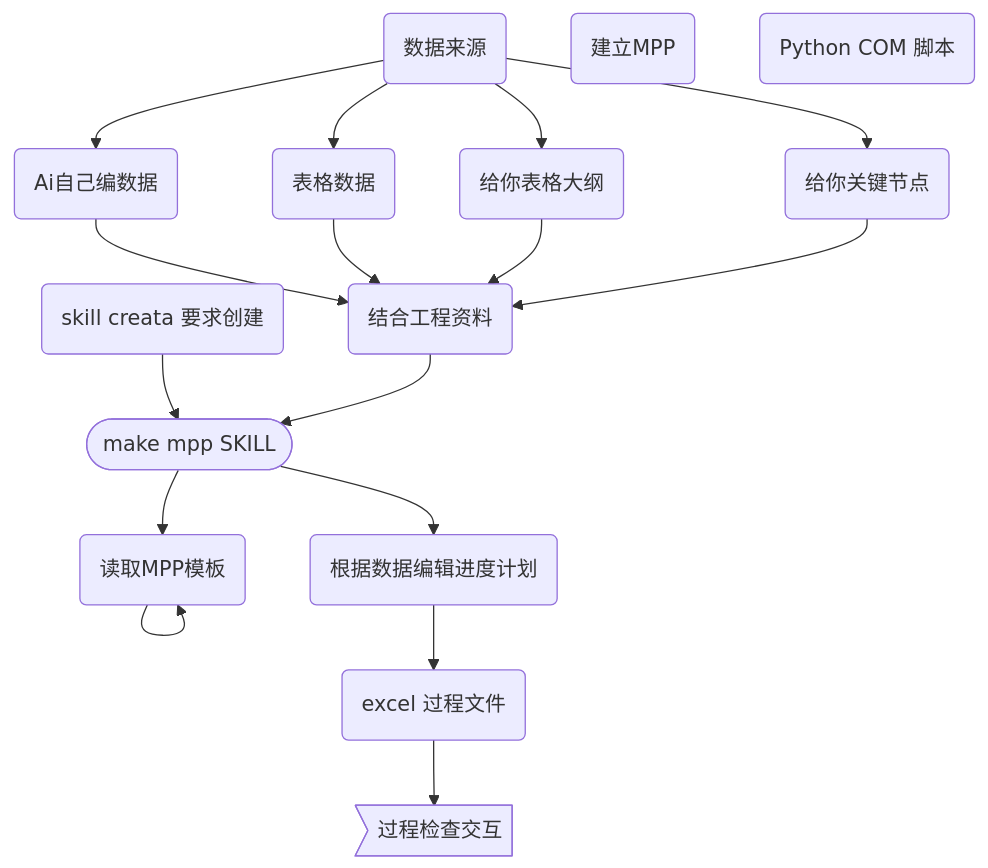
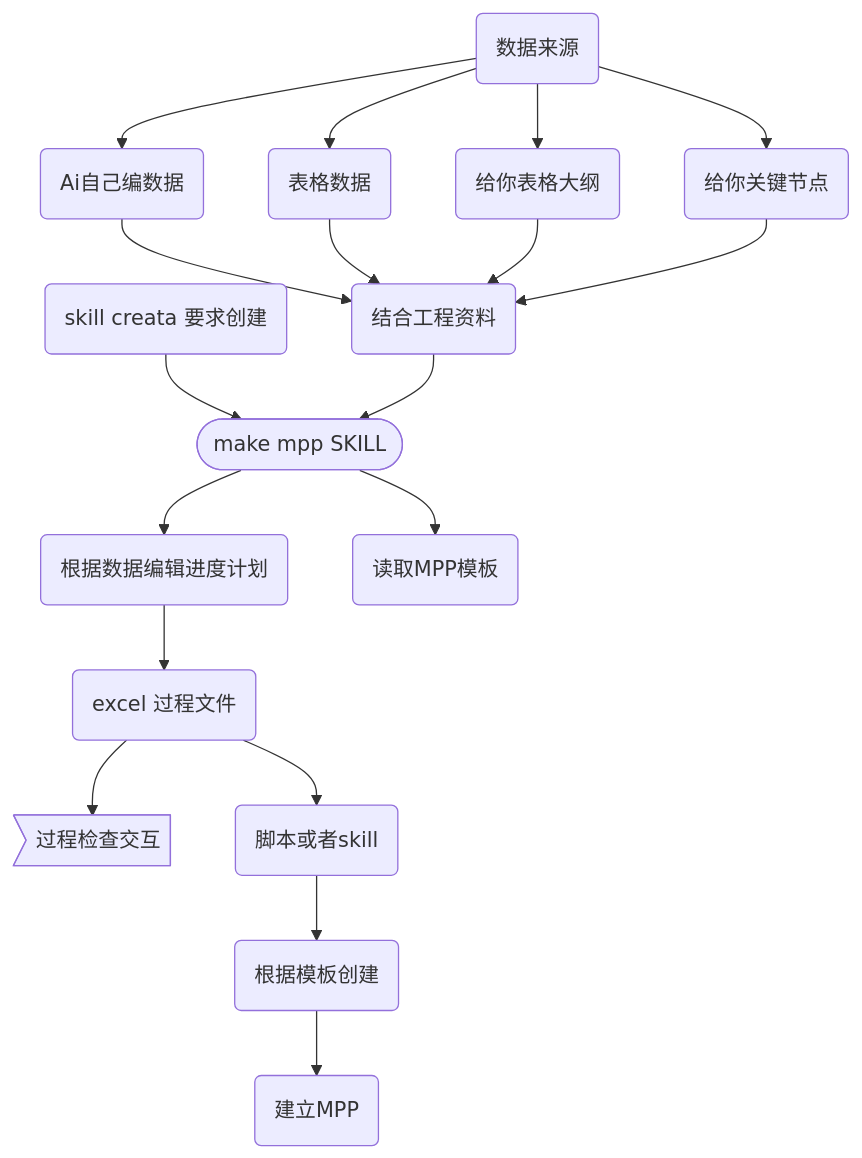
One commit to fireflysss/mermaid-notes changed the diagram in notes/进度MMP skill (local)_289c8ca6-dc65-4f5d-8e6f-773a3c6cc0dc.md. Above: the diagram before and after it, drawn with Mermaid. The commit also changed 3 other files, not shown here.

Commit message:
Sync Mermaid Studio data (11 diagrams)

````diff
--- a/notes/进度MMP skill (local)_289c8ca6-dc65-4f5d-8e6f-773a3c6cc0dc.md
+++ b/notes/进度MMP skill (local)_289c8ca6-dc65-4f5d-8e6f-773a3c6cc0dc.md
@@ -3,33 +3,36 @@
 ```mermaid
 flowchart TD
   n_0(["make mpp SKILL"])
   n_1("数据来源")
   n_2("skill  creata 要求创建")
   n_3("Ai自己编数据")
   n_4("表格数据")
   n_5("建立MPP")
-  n_6("读取MPP模板")
-  n_7("给你表格大纲")
-  n_8("给你关键节点")
-  n_9("结合工程资料")
-  n_10("excel 过程文件")
-  n_11("根据数据编辑进度计划")
-  n_12>"过程检查交互"]
-  n_13("Python COM 脚本")
+  n_6("给你表格大纲")
+  n_7("给你关键节点")
+  n_8("结合工程资料")
+  n_9("excel 过程文件")
+  n_10("根据数据编辑进度计划")
+  n_11>"过程检查交互"]
+  n_12("脚本或者skill")
+  n_13("读取MPP模板")
+  n_14("根据模板创建")
   n_2 --> n_0
-  n_0 --> n_6
   n_1 --> n_3
   n_1 --> n_4
+  n_1 --> n_6
   n_1 --> n_7
-  n_1 --> n_8
-  n_3 --> n_9
-  n_4 --> n_9
-  n_7 --> n_9
-  n_8 --> n_9
-  n_9 --> n_0
-  n_0 --> n_11
-  n_11 --> n_10
-  n_10 --> n_12
-  n_6 --> n_6
+  n_3 --> n_8
+  n_4 --> n_8
+  n_6 --> n_8
+  n_7 --> n_8
+  n_8 --> n_0
+  n_0 --> n_10
+  n_10 --> n_9
+  n_9 --> n_11
+  n_0 --> n_13
+  n_9 --> n_12
+  n_12 --> n_14
+  n_14 --> n_5
 
 ```
````
